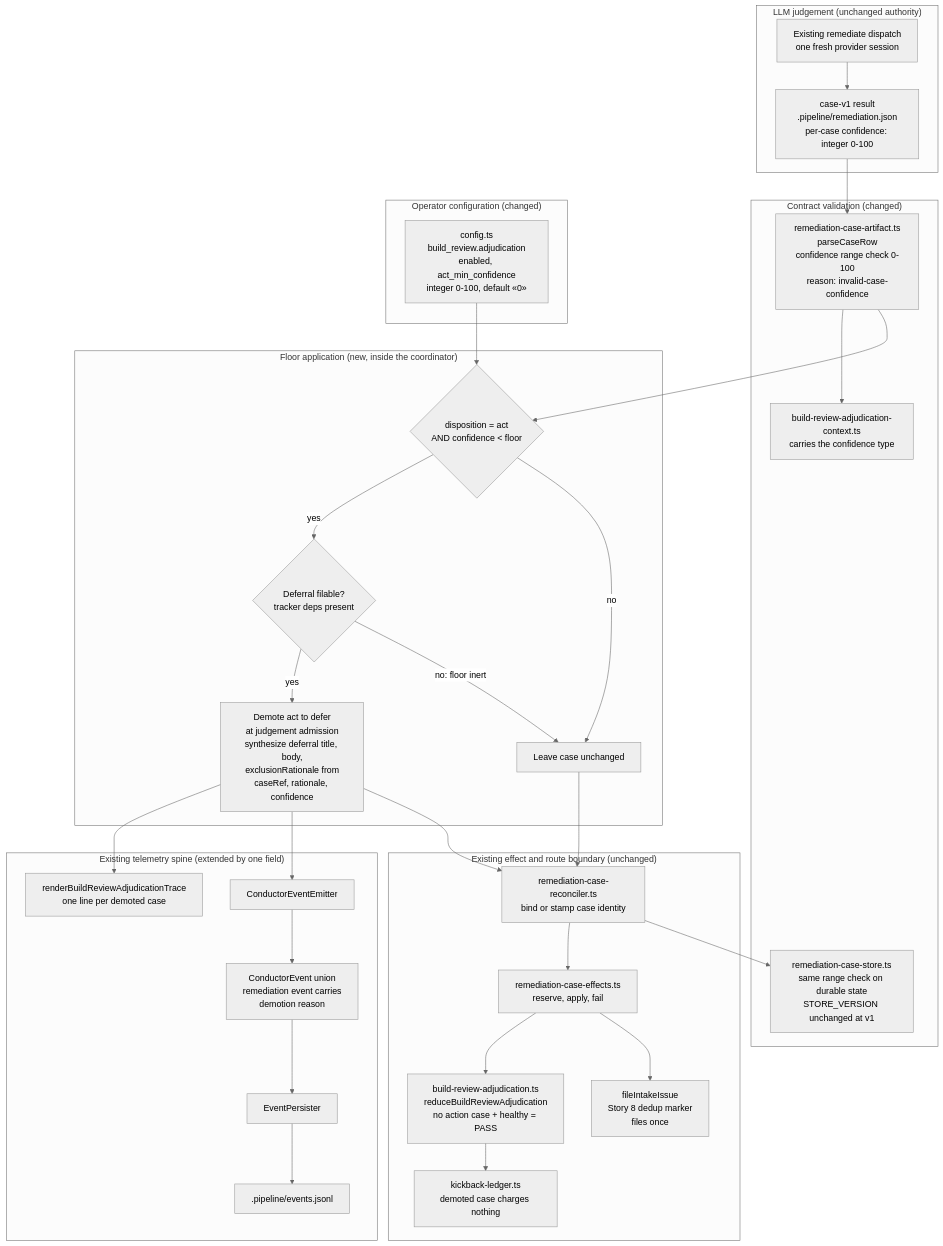
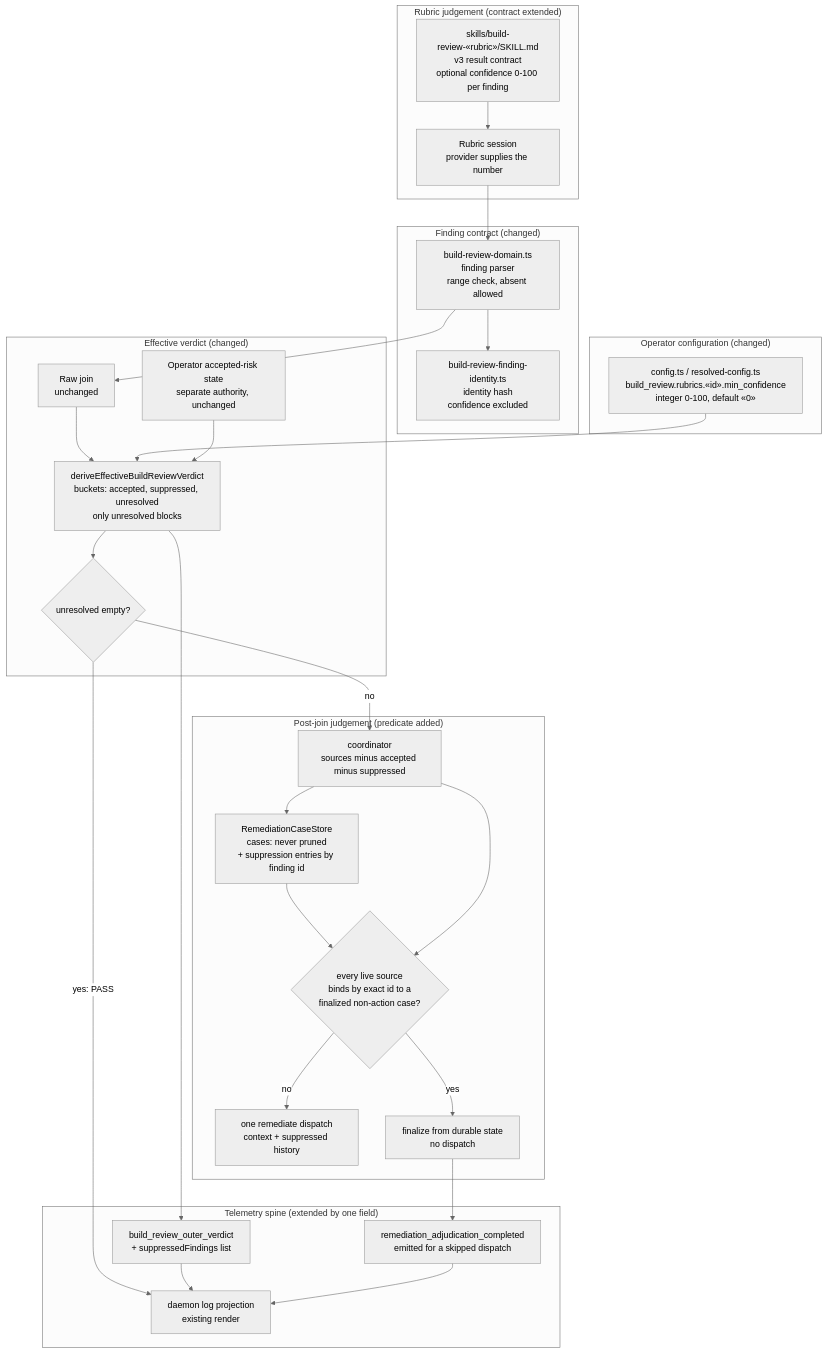
Before and after one commit to jstoup111/ai-conductor: the diagram in .docs/architecture/operator-configurable-confidence-floor-for-acting-.md, drawn with Mermaid (neutral theme). The commit also changed other lines of this file and 8 other files, not shown here.

First line of the commit message:
spec: revise "Operator-configurable confidence floor" for grader-placed confidence

````diff
--- a/.docs/architecture/operator-configurable-confidence-floor-for-acting-.md
+++ b/.docs/architecture/operator-configurable-confidence-floor-for-acting-.md
@@ -11,62 +11,57 @@
 ```mermaid
 graph TD
-  subgraph Judgement["LLM judgement (unchanged authority)"]
-    DISPATCH["Existing remediate dispatch<br/>one fresh provider session"]
-    RESULT["case-v1 result<br/>.pipeline/remediation.json<br/>per-case confidence: integer 0-100"]
+  subgraph Graders["Rubric judgement (contract extended)"]
+    SKILL["skills/build-review-«rubric»/SKILL.md<br/>v3 result contract<br/>optional confidence 0-100 per finding"]
+    GRADE["Rubric session<br/>provider supplies the number"]
   end
 
-  subgraph Contract["Contract validation (changed)"]
-    ARTIFACT["remediation-case-artifact.ts<br/>parseCaseRow<br/>confidence range check 0-100<br/>reason: invalid-case-confidence"]
-    STORE["remediation-case-store.ts<br/>same range check on durable state<br/>STORE_VERSION unchanged at v1"]
-    CTX["build-review-adjudication-context.ts<br/>carries the confidence type"]
+  subgraph Parse["Finding contract (changed)"]
+    DOMAIN["build-review-domain.ts<br/>finding parser<br/>range check, absent allowed"]
+    IDENT["build-review-finding-identity.ts<br/>identity hash<br/>confidence excluded"]
   end
 
   subgraph Config["Operator configuration (changed)"]
-    CFGKEY["config.ts<br/>build_review.adjudication<br/>enabled, act_min_confidence<br/>integer 0-100, default «0»"]
+    CFG["config.ts / resolved-config.ts<br/>build_review.rubrics.«id».min_confidence<br/>integer 0-100, default «0»"]
   end
 
-  subgraph Floor["Floor application (new, inside the coordinator)"]
-    TRACKERQ{"Deferral filable?<br/>tracker deps present"}
-    CMP{"disposition = act<br/>AND confidence &lt; floor"}
-    DEMOTE["Demote act to defer<br/>at judgement admission<br/>synthesize deferral title, body,<br/>exclusionRationale from<br/>caseRef, rationale, confidence"]
-    KEEP["Leave case unchanged"]
+  subgraph Effective["Effective verdict (changed)"]
+    RAW["Raw join<br/>unchanged"]
+    REDUCE["deriveEffectiveBuildReviewVerdict<br/>buckets: accepted, suppressed, unresolved<br/>only unresolved blocks"]
+    OPDISP["Operator accepted-risk state<br/>separate authority, unchanged"]
+    PASSQ{"unresolved empty?"}
   end
 
-  subgraph Downstream["Existing effect and route boundary (unchanged)"]
-    RECONCILE["remediation-case-reconciler.ts<br/>bind or stamp case identity"]
-    EFFECTS["remediation-case-effects.ts<br/>reserve, apply, fail"]
-    INTAKE["fileIntakeIssue<br/>Story 8 dedup marker<br/>files once"]
-    REDUCE["build-review-adjudication.ts<br/>reduceBuildReviewAdjudication<br/>no action case + healthy = PASS"]
-    BUDGET["kickback-ledger.ts<br/>demoted case charges nothing"]
+  subgraph Adjudication["Post-join judgement (predicate added)"]
+    COORD["coordinator<br/>sources minus accepted minus suppressed"]
+    STORE["RemediationCaseStore<br/>cases: never pruned<br/>+ suppression entries by finding id"]
+    SETTLED{"every live source<br/>binds by exact id to a<br/>finalized non-action case?"}
+    JUDGE["one remediate dispatch<br/>context + suppressed history"]
+    FINAL["finalize from durable state<br/>no dispatch"]
   end
 
-  subgraph Spine["Existing telemetry spine (extended by one field)"]
-    EMIT["ConductorEventEmitter"]
-    UNION["ConductorEvent union<br/>remediation event carries<br/>demotion reason"]
-    PERSIST["EventPersister"]
-    EVENTS[".pipeline/events.jsonl"]
-    TRACE["renderBuildReviewAdjudicationTrace<br/>one line per demoted case"]
+  subgraph Spine["Telemetry spine (extended by one field)"]
+    OUTER["build_review_outer_verdict<br/>+ suppressedFindings list"]
+    ADJ["remediation_adjudication_completed<br/>emitted for a skipped dispatch"]
+    LOG["daemon log projection<br/>existing render"]
   end
 
-  DISPATCH --> RESULT
-  RESULT --> ARTIFACT
-  ARTIFACT --> CMP
-  ARTIFACT --> CTX
-  RECONCILE --> STORE
-  CFGKEY --> CMP
-  CMP -->|no| KEEP
-  CMP -->|yes| TRACKERQ
-  TRACKERQ -->|no: floor inert| KEEP
-  TRACKERQ -->|yes| DEMOTE
-  KEEP --> RECONCILE
-  DEMOTE --> RECONCILE
-  RECONCILE --> EFFECTS
-  EFFECTS --> INTAKE
-  EFFECTS --> REDUCE
-  REDUCE --> BUDGET
-  DEMOTE --> EMIT
-  EMIT --> UNION
-  UNION --> PERSIST
-  PERSIST --> EVENTS
-  DEMOTE --> TRACE
+  SKILL --> GRADE
+  GRADE --> DOMAIN
+  DOMAIN --> IDENT
+  DOMAIN --> RAW
+  RAW --> REDUCE
+  CFG --> REDUCE
+  OPDISP --> REDUCE
+  REDUCE --> OUTER
+  COORD --> STORE
+  REDUCE --> PASSQ
+  PASSQ -->|yes: PASS| LOG
+  PASSQ -->|no| COORD
+  STORE --> SETTLED
+  COORD --> SETTLED
+  SETTLED -->|yes| FINAL
+  SETTLED -->|no| JUDGE
+  FINAL --> ADJ
+  OUTER --> LOG
+  ADJ --> LOG
 ```
````
